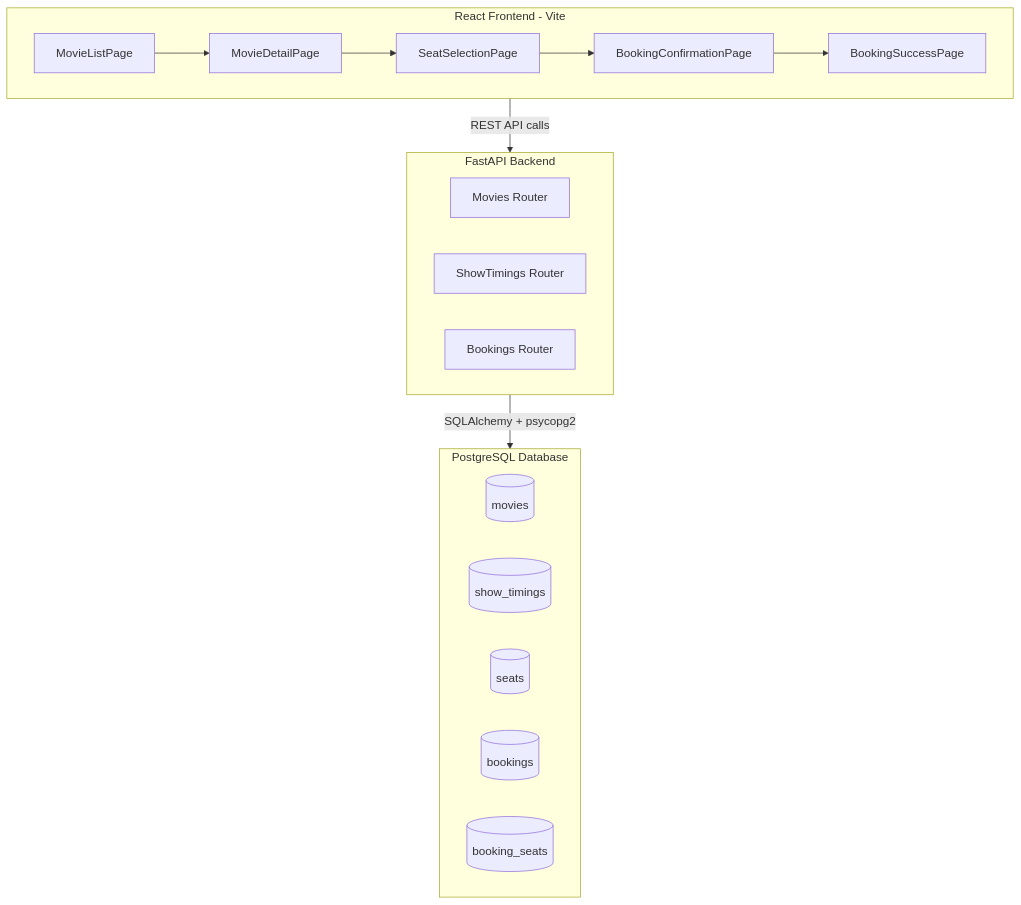
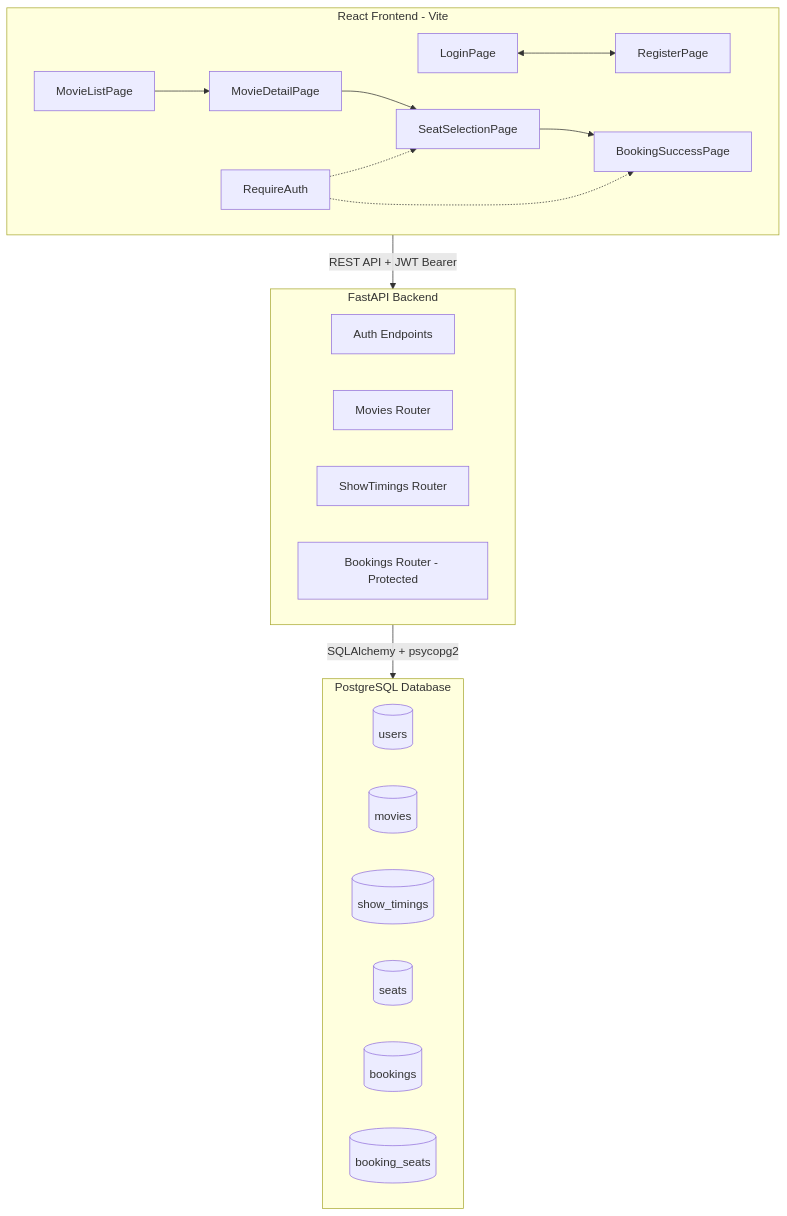
One commit to MohanPrabu018-K/Practice changed the diagram in plans/movie-ticket-booking-plan.md. Above: the diagram before and after it, drawn with Mermaid. The commit also changed other lines of this file, not shown here.

Commit message:
Update plan: reflect JWT auth, users table, 6 movies, flat structure, setup instructions

````diff
--- a/plans/movie-ticket-booking-plan.md
+++ b/plans/movie-ticket-booking-plan.md
@@ -19,26 +20,30 @@
 ```mermaid
 flowchart TD
     subgraph Frontend[React Frontend - Vite]
+        LP[LoginPage] <--> RP[RegisterPage]
         A[MovieListPage] --> B[MovieDetailPage]
         B --> C[SeatSelectionPage]
-        C --> D[BookingConfirmationPage]
-        D --> E[BookingSuccessPage]
+        C --> D[BookingSuccessPage]
+        AuthGuard[RequireAuth] -.-> C
+        AuthGuard -.-> D
     end
 
     subgraph Backend[FastAPI Backend]
+        Auth[Auth Endpoints]
         F[Movies Router]
         G[ShowTimings Router]
-        H[Bookings Router]
+        H[Bookings Router - Protected]
     end
 
     subgraph Database[PostgreSQL Database]
+        U[(users)]
         I[(movies)]
         J[(show_timings)]
         K[(seats)]
         L[(bookings)]
         M[(booking_seats)]
     end
 
-    Frontend -->|REST API calls| Backend
+    Frontend -->|REST API + JWT Bearer| Backend
     Backend -->|SQLAlchemy + psycopg2| Database
 ```
````
